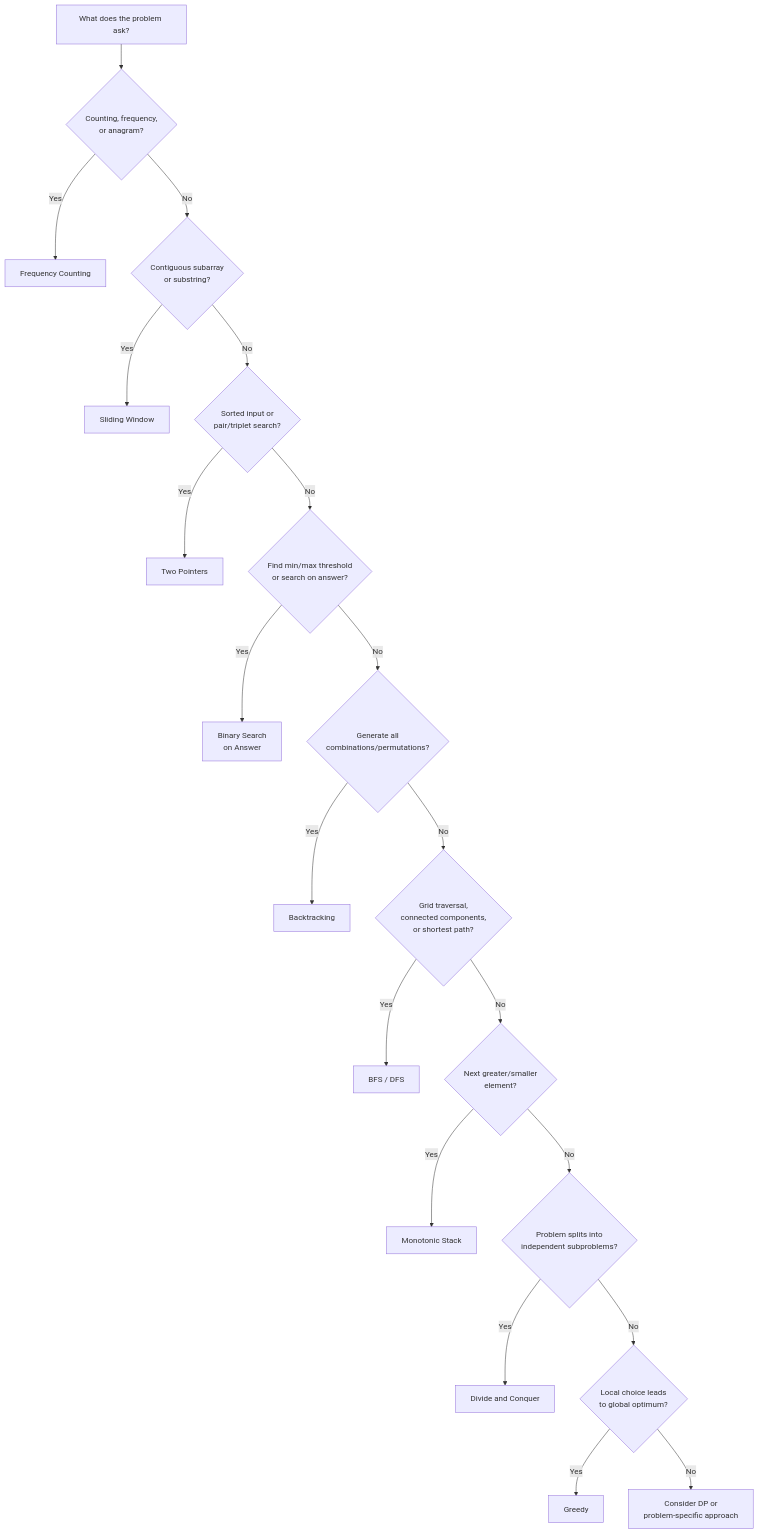
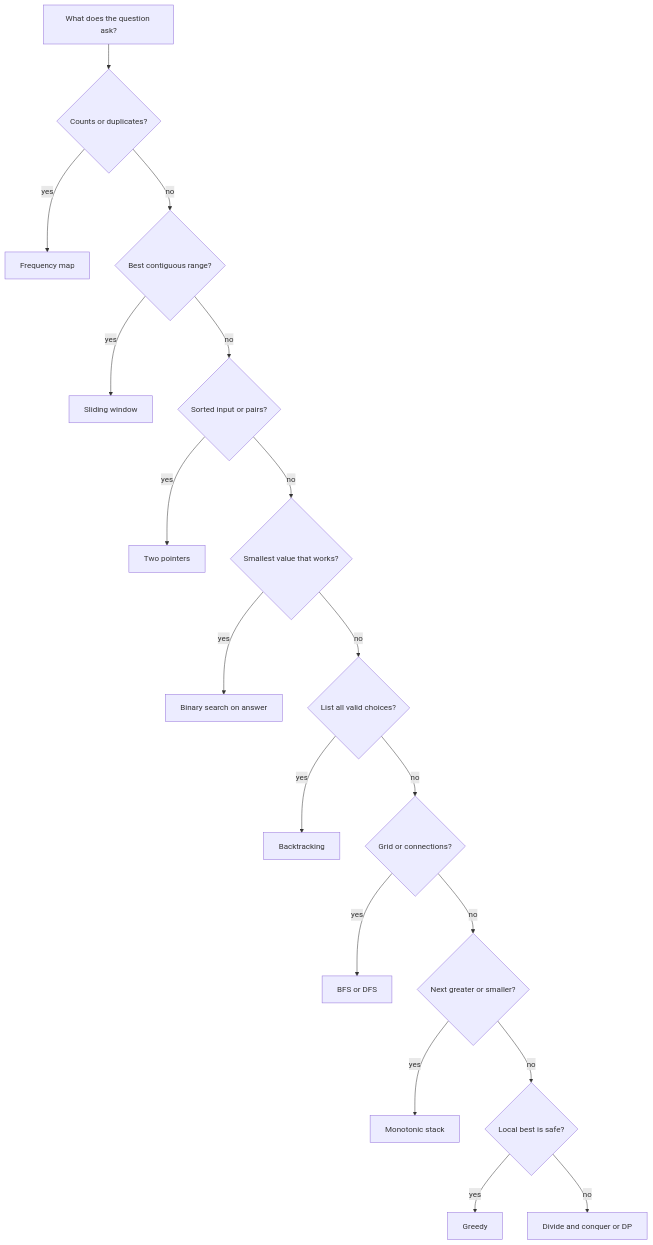
The fourth of 4 diagrams in content/07_Data_Structures_and_Algorithms/11_Problem_Solving_Patterns/concepts.md (amendez13/swe-study-guide), drawn with Mermaid before and after one commit. The commit also changed other lines of this file and 2 other files, not shown here.

First line of the commit message:
docs(dsa): problem solving patterns — process cards, short titles, More practice, 16 original drills

````diff
--- a/content/07_Data_Structures_and_Algorithms/11_Problem_Solving_Patterns/concepts.md
+++ b/content/07_Data_Structures_and_Algorithms/11_Problem_Solving_Patterns/concepts.md
@@ -421,22 +573,20 @@
 ```mermaid
 flowchart TD
-    Start["What does the problem ask?"] --> Q1{"Counting, frequency,\nor anagram?"}
-    Q1 -- Yes --> P1["Frequency Counting"]
-    Q1 -- No --> Q2{"Contiguous subarray\nor substring?"}
-    Q2 -- Yes --> P2["Sliding Window"]
-    Q2 -- No --> Q3{"Sorted input or\npair/triplet search?"}
-    Q3 -- Yes --> P3["Two Pointers"]
-    Q3 -- No --> Q4{"Find min/max threshold\nor search on answer?"}
-    Q4 -- Yes --> P4["Binary Search\non Answer"]
-    Q4 -- No --> Q5{"Generate all\ncombinations/permutations?"}
-    Q5 -- Yes --> P5["Backtracking"]
-    Q5 -- No --> Q6{"Grid traversal,\nconnected components,\nor shortest path?"}
-    Q6 -- Yes --> P6["BFS / DFS"]
-    Q6 -- No --> Q7{"Next greater/smaller\nelement?"}
-    Q7 -- Yes --> P7["Monotonic Stack"]
-    Q7 -- No --> Q8{"Problem splits into\nindependent subproblems?"}
-    Q8 -- Yes --> P8["Divide and Conquer"]
-    Q8 -- No --> Q9{"Local choice leads\nto global optimum?"}
-    Q9 -- Yes --> P9["Greedy"]
-    Q9 -- No --> Fallback["Consider DP or\nproblem-specific approach"]
+    Q["What does the question ask?"] --> F{"Counts or duplicates?"}
+    F -- yes --> P1["Frequency map"]
+    F -- no --> W{"Best contiguous range?"}
+    W -- yes --> P2["Sliding window"]
+    W -- no --> T{"Sorted input or pairs?"}
+    T -- yes --> P3["Two pointers"]
+    T -- no --> M{"Smallest value that works?"}
+    M -- yes --> P4["Binary search on answer"]
+    M -- no --> A{"List all valid choices?"}
+    A -- yes --> P5["Backtracking"]
+    A -- no --> G{"Grid or connections?"}
+    G -- yes --> P6["BFS or DFS"]
+    G -- no --> N{"Next greater or smaller?"}
+    N -- yes --> P7["Monotonic stack"]
+    N -- no --> C{"Local best is safe?"}
+    C -- yes --> P8["Greedy"]
+    C -- no --> P9["Divide and conquer or DP"]
 ```
````
